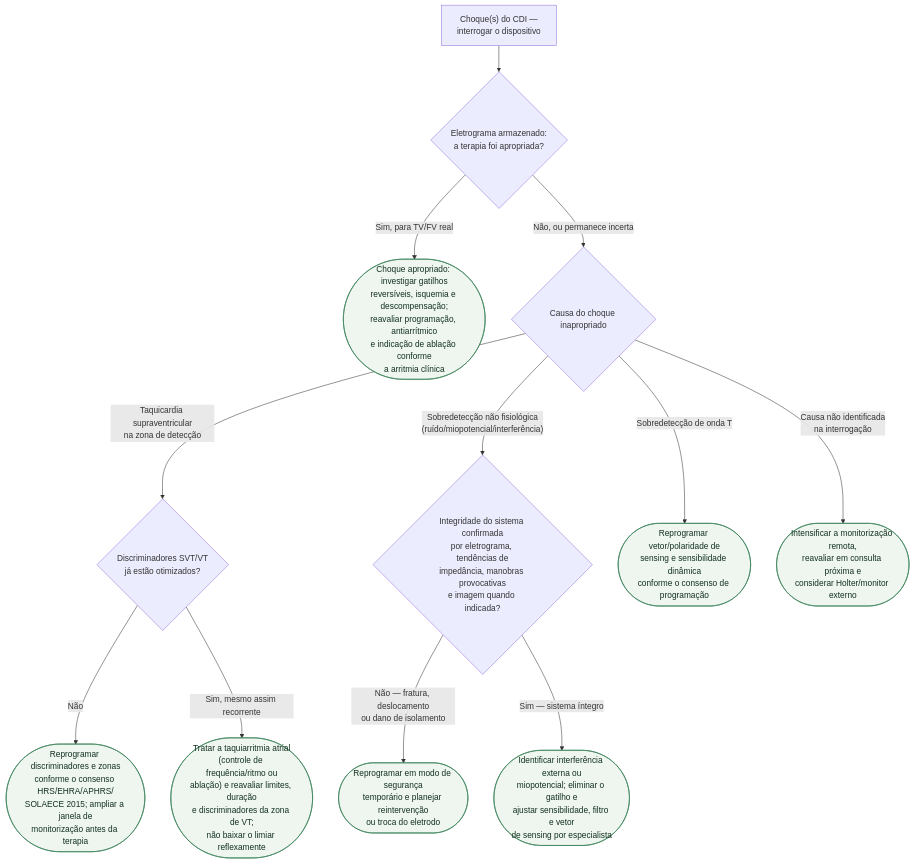
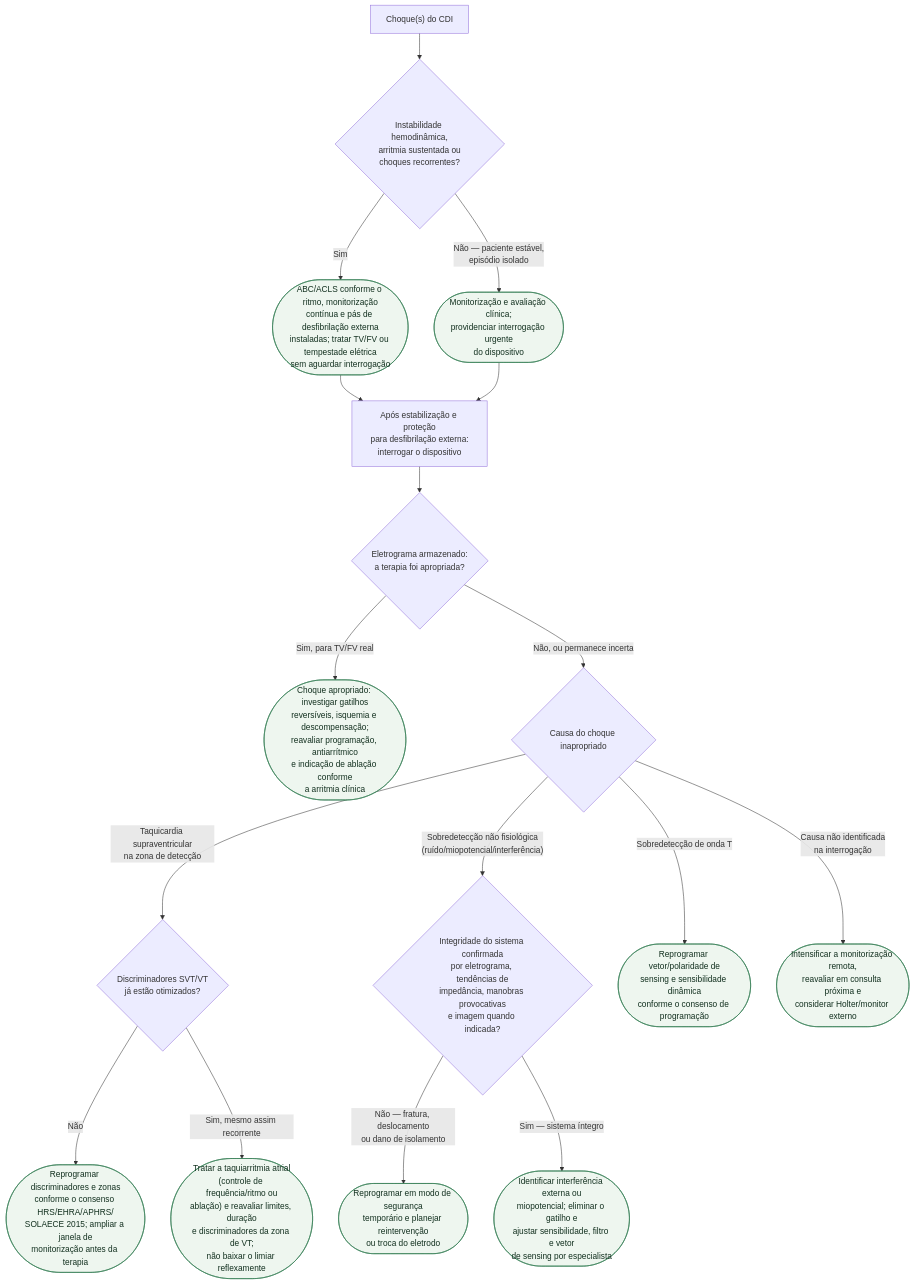
Before and after one commit to rafaelpaesmeirelles/MeuCardio: the diagram in content/Dispositivos/fluxograma-choque-inapropriado-de-cdi-investigacao-e-manejo.md, drawn with Mermaid. The commit also changed other lines of this file and 6 other files, not shown here.

````diff
--- a/content/Dispositivos/fluxograma-choque-inapropriado-de-cdi-investigacao-e-manejo.md
+++ b/content/Dispositivos/fluxograma-choque-inapropriado-de-cdi-investigacao-e-manejo.md
@@ -26,23 +28,30 @@
 ```mermaid
 flowchart TD
-  R0["Choque(s) do CDI —<br/>interrogar o dispositivo"] --> D1{"Eletrograma armazenado:<br/>a terapia foi apropriada?"}
+  R0["Choque(s) do CDI"] --> D0{"Instabilidade hemodinâmica,<br/>arritmia sustentada ou<br/>choques recorrentes?"}
+
+  D0 -->|"Sim"| C0(["ABC/ACLS conforme o ritmo, monitorização<br/>contínua e pás de desfibrilação externa<br/>instaladas; tratar TV/FV ou tempestade elétrica<br/>sem aguardar interrogação"])
+  D0 -->|"Não — paciente estável,<br/>episódio isolado"| C00(["Monitorização e avaliação clínica;<br/>providenciar interrogação urgente<br/>do dispositivo"])
+
+  C0 --> R1["Após estabilização e proteção<br/>para desfibrilação externa:<br/>interrogar o dispositivo"]
+  C00 --> R1
+  R1 --> D1{"Eletrograma armazenado:<br/>a terapia foi apropriada?"}
 
   D1 -->|"Sim, para TV/FV real"| C1(["Choque apropriado: investigar gatilhos<br/>reversíveis, isquemia e descompensação;<br/>reavaliar programação, antiarrítmico<br/>e indicação de ablação conforme<br/>a arritmia clínica"])
 
   D1 -->|"Não, ou permanece incerta"| D2{"Causa do choque inapropriado"}
 
   D2 -->|"Taquicardia supraventricular<br/>na zona de detecção"| D3{"Discriminadores SVT/VT<br/>já estão otimizados?"}
   D3 -->|"Não"| C2(["Reprogramar discriminadores e zonas<br/>conforme o consenso HRS/EHRA/APHRS/<br/>SOLAECE 2015; ampliar a janela de<br/>monitorização antes da terapia"])
   D3 -->|"Sim, mesmo assim recorrente"| C3(["Tratar a taquiarritmia atrial<br/>(controle de frequência/ritmo ou<br/>ablação) e reavaliar limites, duração<br/>e discriminadores da zona de VT;<br/>não baixar o limiar reflexamente"])
 
   D2 -->|"Sobredetecção não fisiológica<br/>(ruído/miopotencial/interferência)"| D4{"Integridade do sistema confirmada<br/>por eletrograma, tendências de<br/>impedância, manobras provocativas<br/>e imagem quando indicada?"}
   D4 -->|"Não — fratura, deslocamento<br/>ou dano de isolamento"| C4(["Reprogramar em modo de segurança<br/>temporário e planejar reintervenção<br/>ou troca do eletrodo"])
   D4 -->|"Sim — sistema íntegro"| C5(["Identificar interferência externa ou<br/>miopotencial; eliminar o gatilho e<br/>ajustar sensibilidade, filtro e vetor<br/>de sensing por especialista"])
 
   D2 -->|"Sobredetecção de onda T"| C6(["Reprogramar vetor/polaridade de<br/>sensing e sensibilidade dinâmica<br/>conforme o consenso de programação"])
 
   D2 -->|"Causa não identificada<br/>na interrogação"| C7(["Intensificar a monitorização remota,<br/>reavaliar em consulta próxima e<br/>considerar Holter/monitor externo"])
 
   classDef conduta fill:#eef6ef,stroke:#2f7a4f,color:#12301f;
-  class C1,C2,C3,C4,C5,C6,C7 conduta;
+  class C0,C00,C1,C2,C3,C4,C5,C6,C7 conduta;
 ```
````
